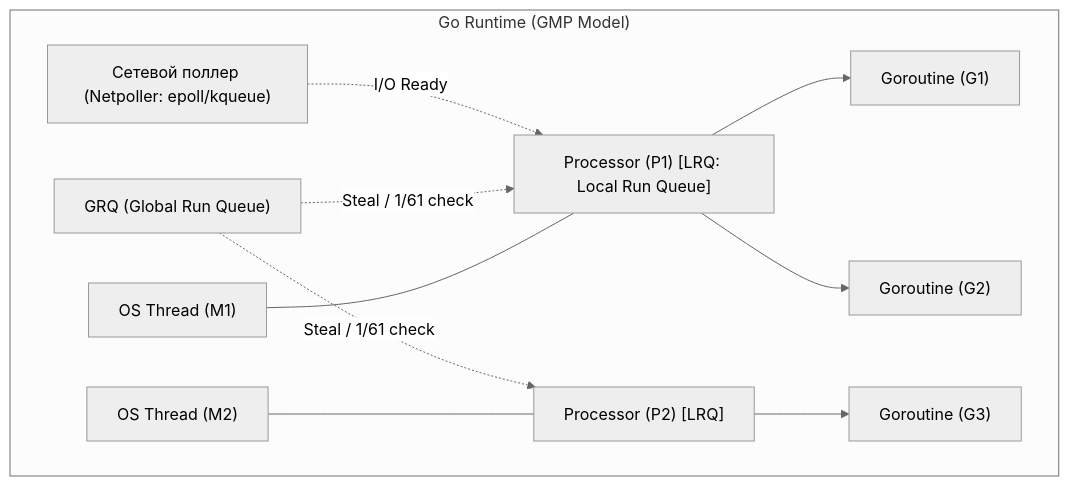
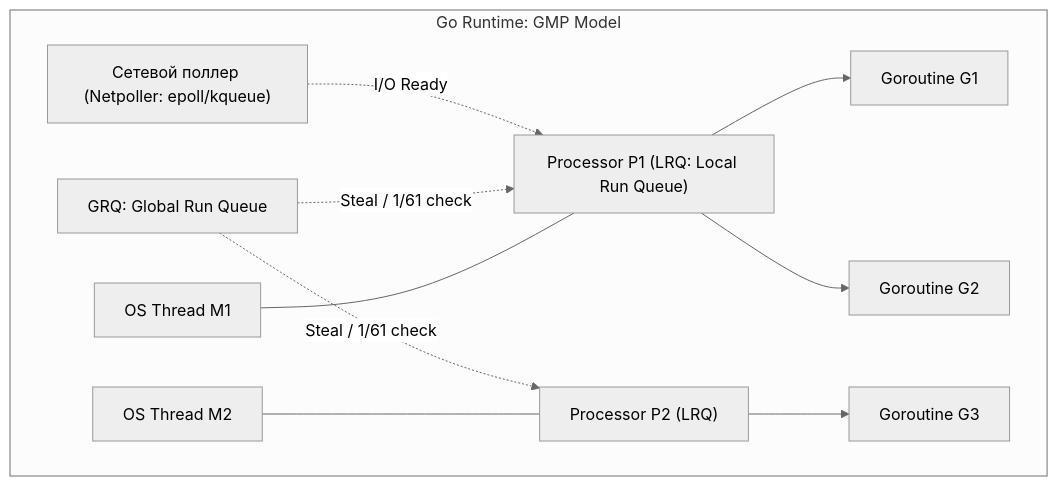
Before and after one commit to Alex808r/go-production-engineering: the fifth of 16 diagrams in go-documentation/03-go-core-concurrency.md, drawn with Mermaid (neutral theme). The commit also changed other lines of this file and 6 other files, not shown here.

Commit message:
docs(all): fix mermaid syntax errors, escape tokens and prevent preview reset (#72)

````diff
--- a/go-documentation/03-go-core-concurrency.md
+++ b/go-documentation/03-go-core-concurrency.md
@@ -756,16 +753,16 @@
 ```mermaid
-graph TD
-    subgraph "Go Runtime (GMP Model)"
-        P1["Processor (P1) [LRQ: Local Run Queue]"] --> G1["Goroutine (G1)"]
-        P1 --> G2["Goroutine (G2)"]
-        M1["OS Thread (M1)"] --- P1
+flowchart TD
+    subgraph GMP ["Go Runtime: GMP Model"]
+        P1["Processor P1 (LRQ: Local Run Queue)"] --> G1["Goroutine G1"]
+        P1 --> G2["Goroutine G2"]
+        M1["OS Thread M1"] --- P1
 
-        P2["Processor (P2) [LRQ]"] --> G3["Goroutine (G3)"]
-        M2["OS Thread (M2)"] --- P2
+        P2["Processor P2 (LRQ)"] --> G3["Goroutine G3"]
+        M2["OS Thread M2"] --- P2
 
-        GRQ["GRQ (Global Run Queue)"] -.->|Steal / 1/61 check| P1
-        GRQ -.->|Steal / 1/61 check| P2
+        GRQ["GRQ: Global Run Queue"] -.->|"Steal / 1/61 check"| P1
+        GRQ -.->|"Steal / 1/61 check"| P2
 
-        NetPoller["Сетевой поллер (Netpoller: epoll/kqueue)"] -.->|I/O Ready| P1
+        NetPoller["Сетевой поллер (Netpoller: epoll/kqueue)"] -.->|"I/O Ready"| P1
     end
 ```
````
